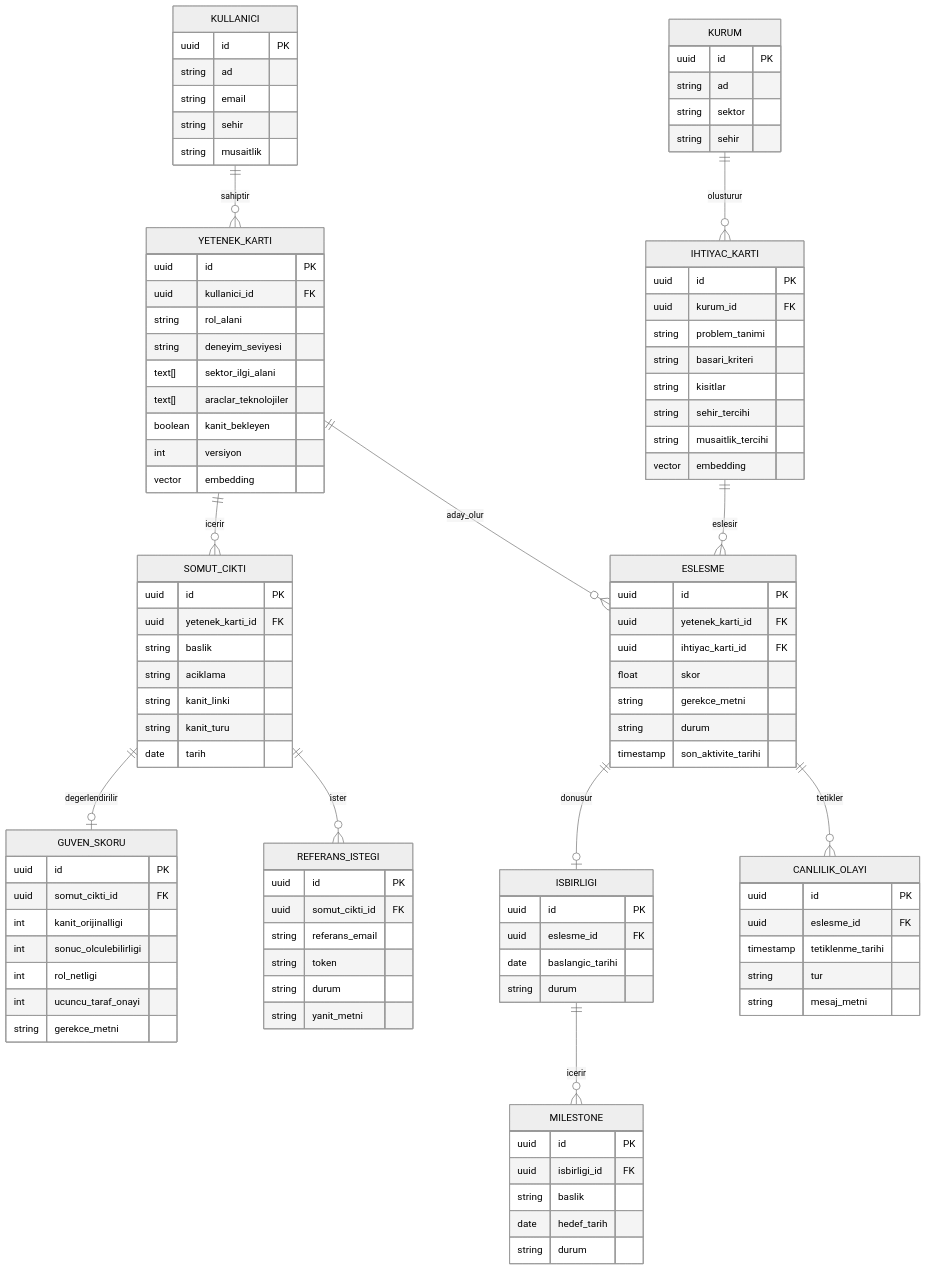
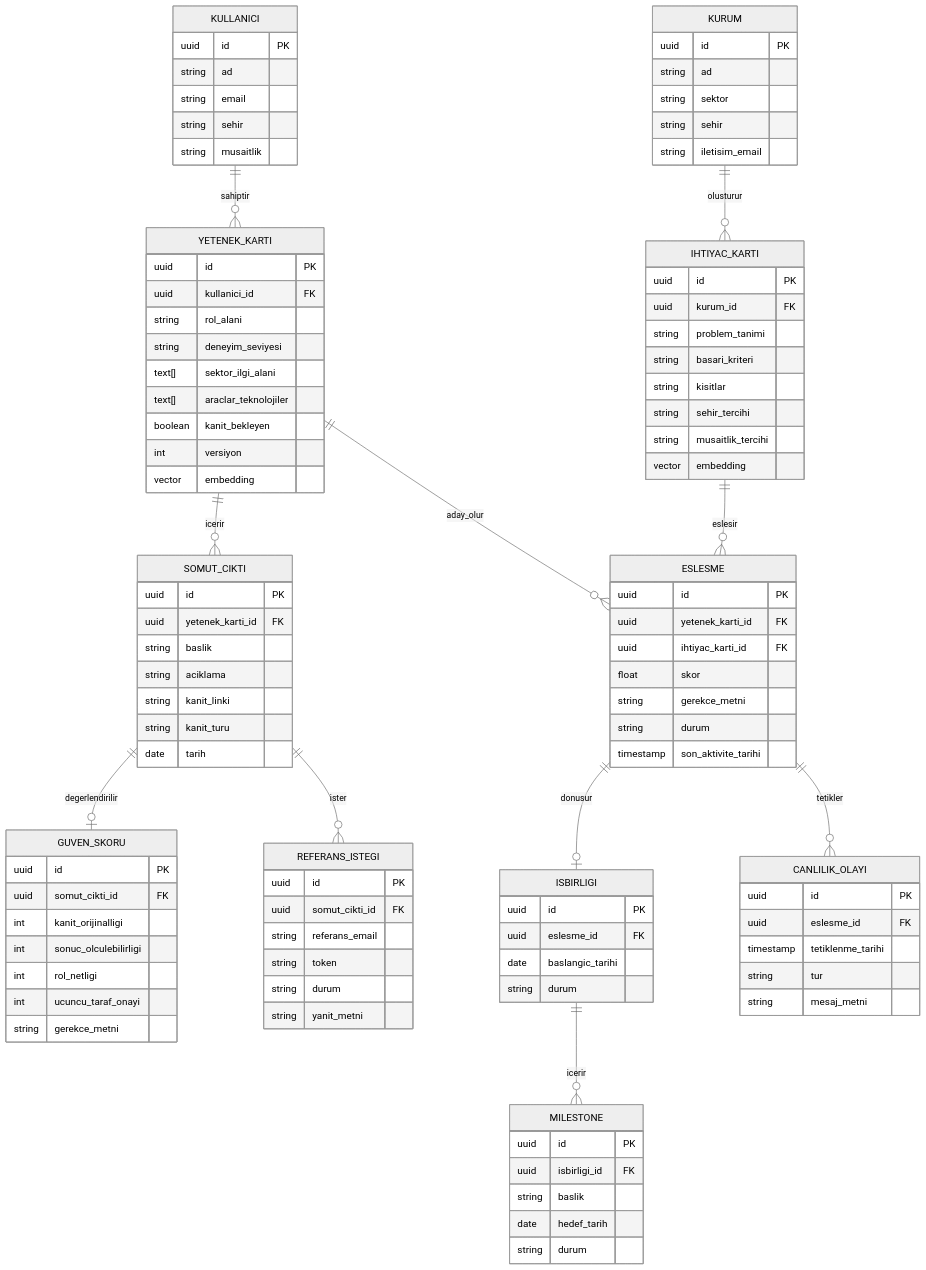
Before and after one commit to zuhrekorhn/Zemin360-Hackathon: the diagram in docs/data-schema.md, drawn with Mermaid (neutral theme). The commit also changed other lines of this file and 21 other files, not shown here.

```diff
--- a/docs/data-schema.md
+++ b/docs/data-schema.md
@@ -64,6 +64,7 @@
     string ad
     string sektor
     string sehir
+    string iletisim_email
   }
   IHTIYAC_KARTI {
     uuid id PK
```
